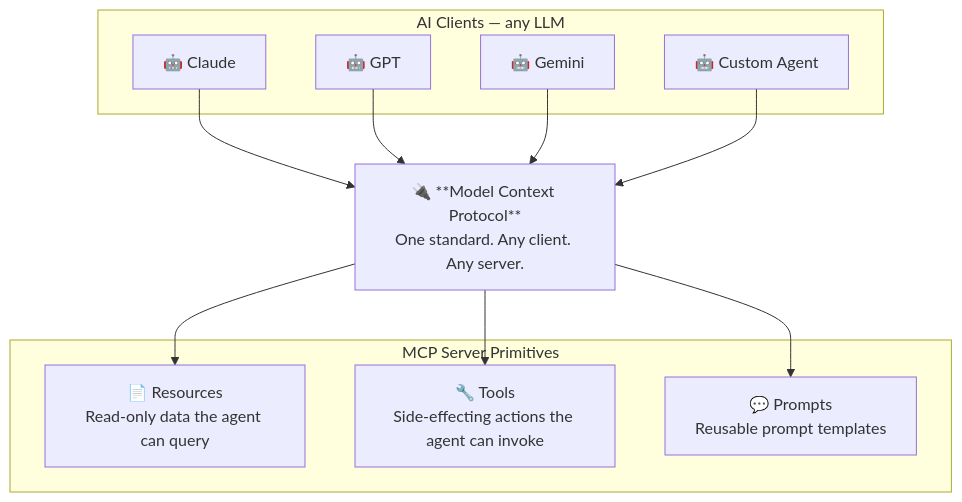
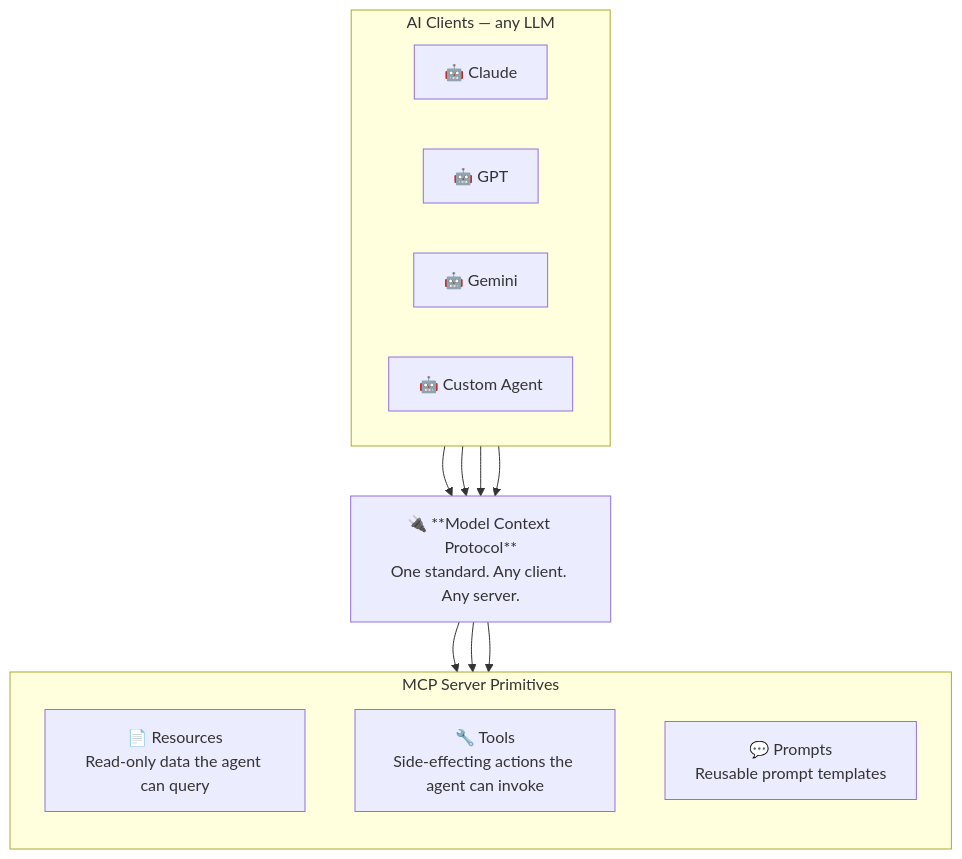
Before and after one commit to romangurevitch/GoTraining: the second of 7 diagrams in internal/fundamentals/the-agentic-future/02-model-context-protocol.md, drawn with Mermaid. The commit also changed other lines of this file and 20 other files, not shown here.

````diff
--- a/internal/fundamentals/the-agentic-future/02-model-context-protocol.md
+++ b/internal/fundamentals/the-agentic-future/02-model-context-protocol.md
@@ -50,26 +54,32 @@
 ```mermaid
-graph TB
+graph TD
     subgraph Clients["AI Clients — any LLM"]
+        direction LR
         CLAUDE["🤖 Claude"]
         GPT["🤖 GPT"]
         GEM["🤖 Gemini"]
         CUSTOM["🤖 Custom Agent"]
     end
 
+    Clients ~~~ MCP
+
     MCP["🔌 **Model Context Protocol**<br/>One standard. Any client. Any server."]
 
+    MCP ~~~ Primitives
+
     subgraph Primitives["MCP Server Primitives"]
+        direction TB
         RES["📄 Resources<br/>Read-only data the agent can query"]
         TOOLS["🔧 Tools<br/>Side-effecting actions the agent can invoke"]
         PROMPTS["💬 Prompts<br/>Reusable prompt templates"]
     end
 
     CLAUDE --> MCP
     GPT --> MCP
     GEM --> MCP
     CUSTOM --> MCP
 
     MCP --> RES
     MCP --> TOOLS
     MCP --> PROMPTS
 ```
````
